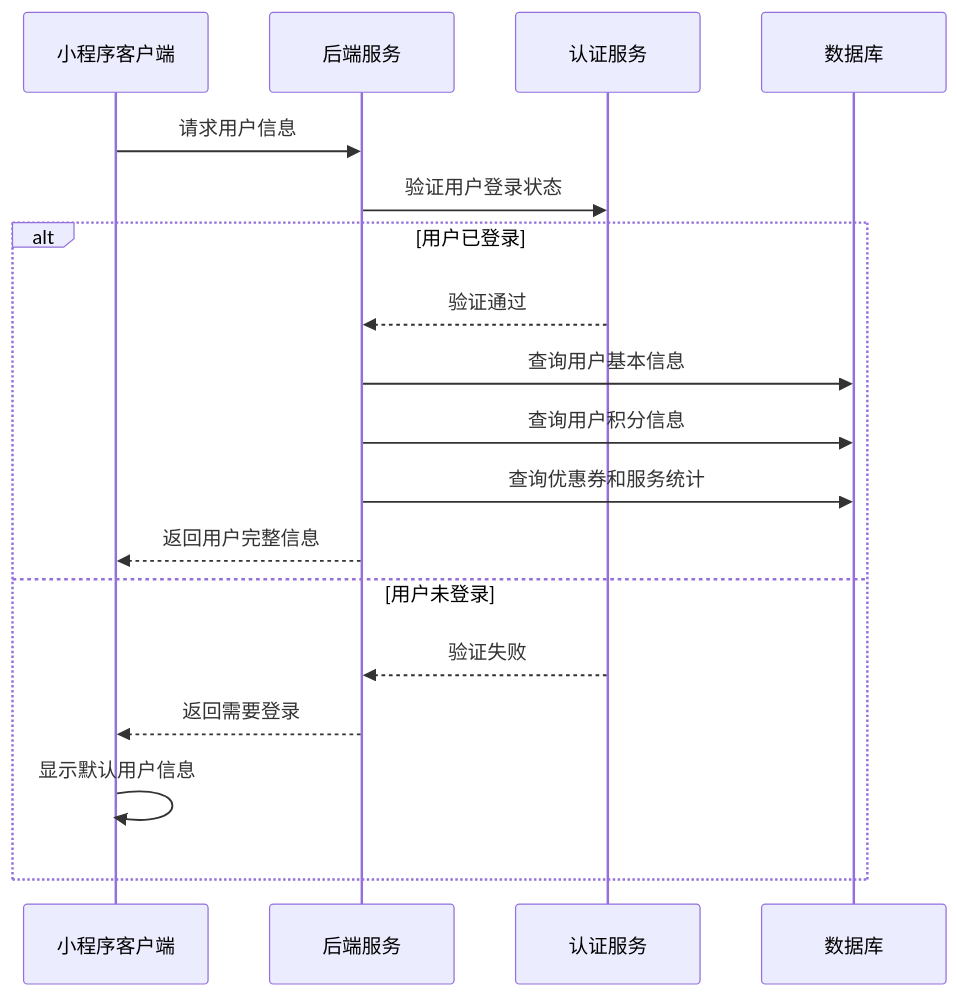
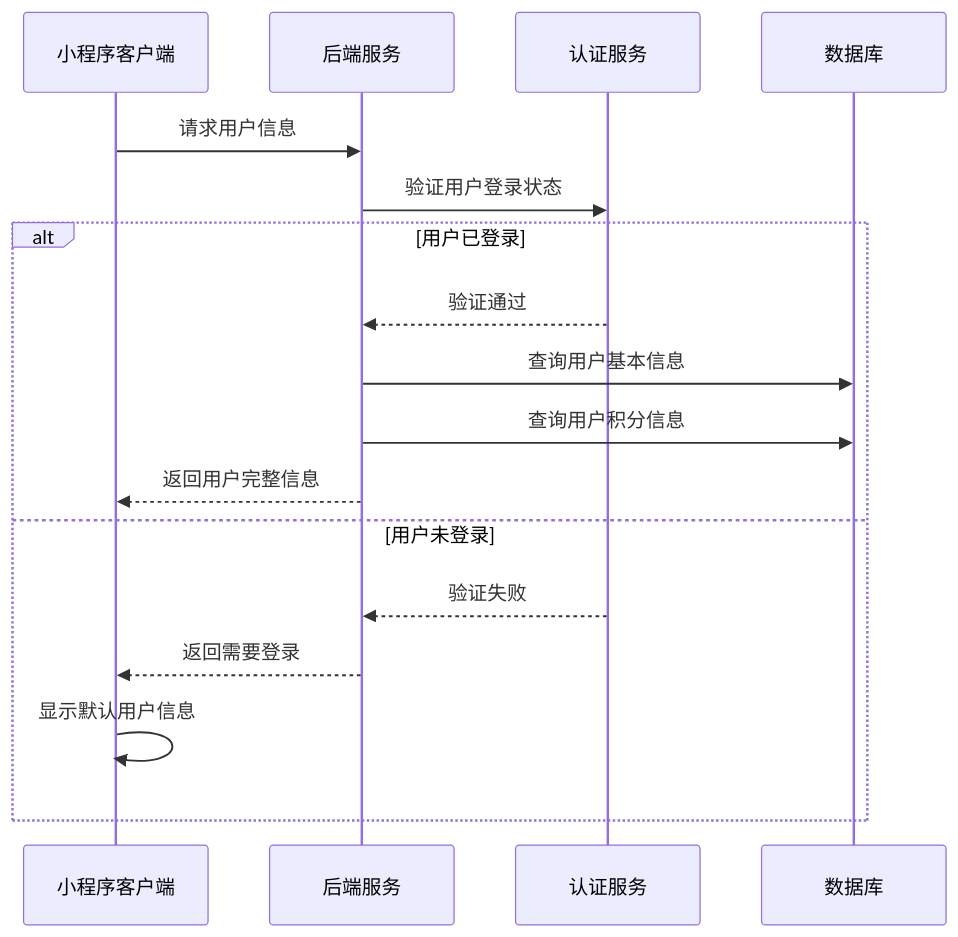
The first of 7 diagrams in api-docs/personal.md (Childho/V4), drawn with Mermaid before and after one commit. The commit also changed other lines of this file and 2 other files, not shown here.

````diff
--- a/api-docs/personal.md
+++ b/api-docs/personal.md
@@ -13,20 +13,19 @@
 ```mermaid
 sequenceDiagram
     participant Client as 小程序客户端
     participant Server as 后端服务
     participant Auth as 认证服务
     participant DB as 数据库
     Client->>Server: 请求用户信息
     Server->>Auth: 验证用户登录状态
     alt 用户已登录
         Auth-->>Server: 验证通过
         Server->>DB: 查询用户基本信息
         Server->>DB: 查询用户积分信息
-        Server->>DB: 查询优惠券和服务统计
         Server-->>Client: 返回用户完整信息
     else 用户未登录
         Auth-->>Server: 验证失败
         Server-->>Client: 返回需要登录
         Client->>Client: 显示默认用户信息
     end
 ```
````
